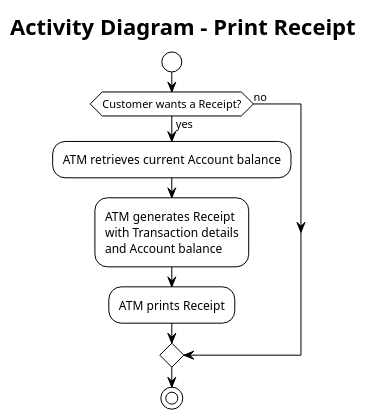
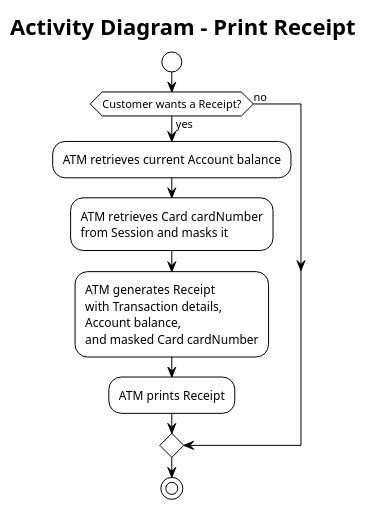
The diagram in docs/use_case/print_receipt/printReceipt.puml (marcelRonner/jarvis), drawn with PlantUML before and after one commit. The commit also changed 5 other files, not shown here.

Commit message:
card number

```diff
--- a/docs/use_case/print_receipt/printReceipt.puml
+++ b/docs/use_case/print_receipt/printReceipt.puml
@@ -1,16 +1,17 @@
 @startuml PrintReceipt
 !theme plain
 title Activity Diagram – Print Receipt
 
 start
 
 if (Customer wants a Receipt?) then (yes)
   :ATM retrieves current Account balance;
-  :ATM generates Receipt\nwith Transaction details\nand Account balance;
+  :ATM retrieves Card cardNumber\nfrom Session and masks it;
+  :ATM generates Receipt\nwith Transaction details,\nAccount balance,\nand masked Card cardNumber;
   :ATM prints Receipt;
 else (no)
 endif
 
 stop
 
 @enduml
```
